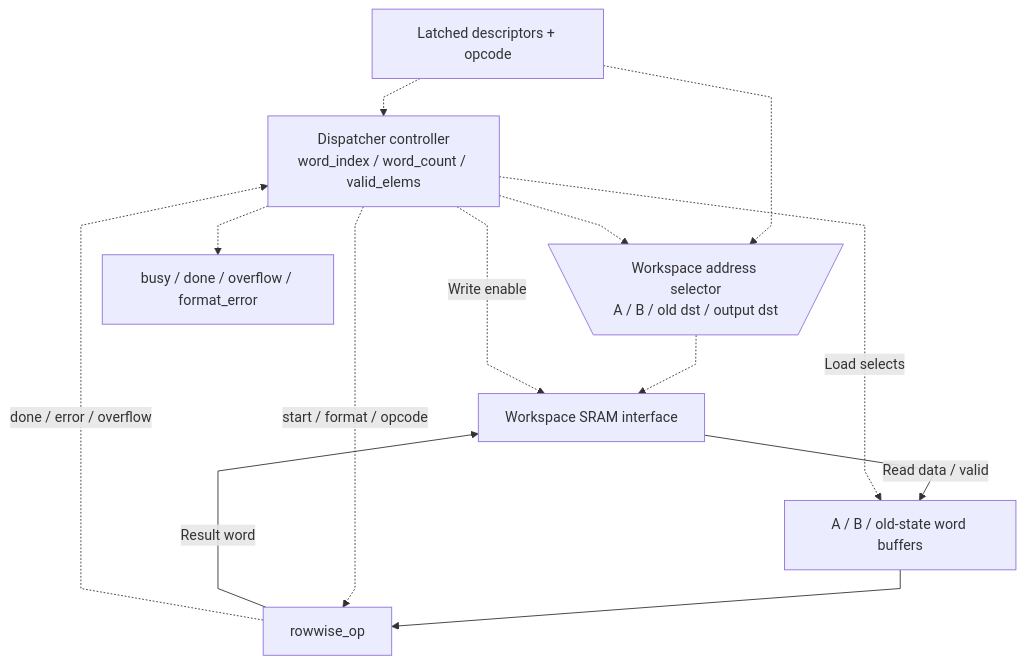
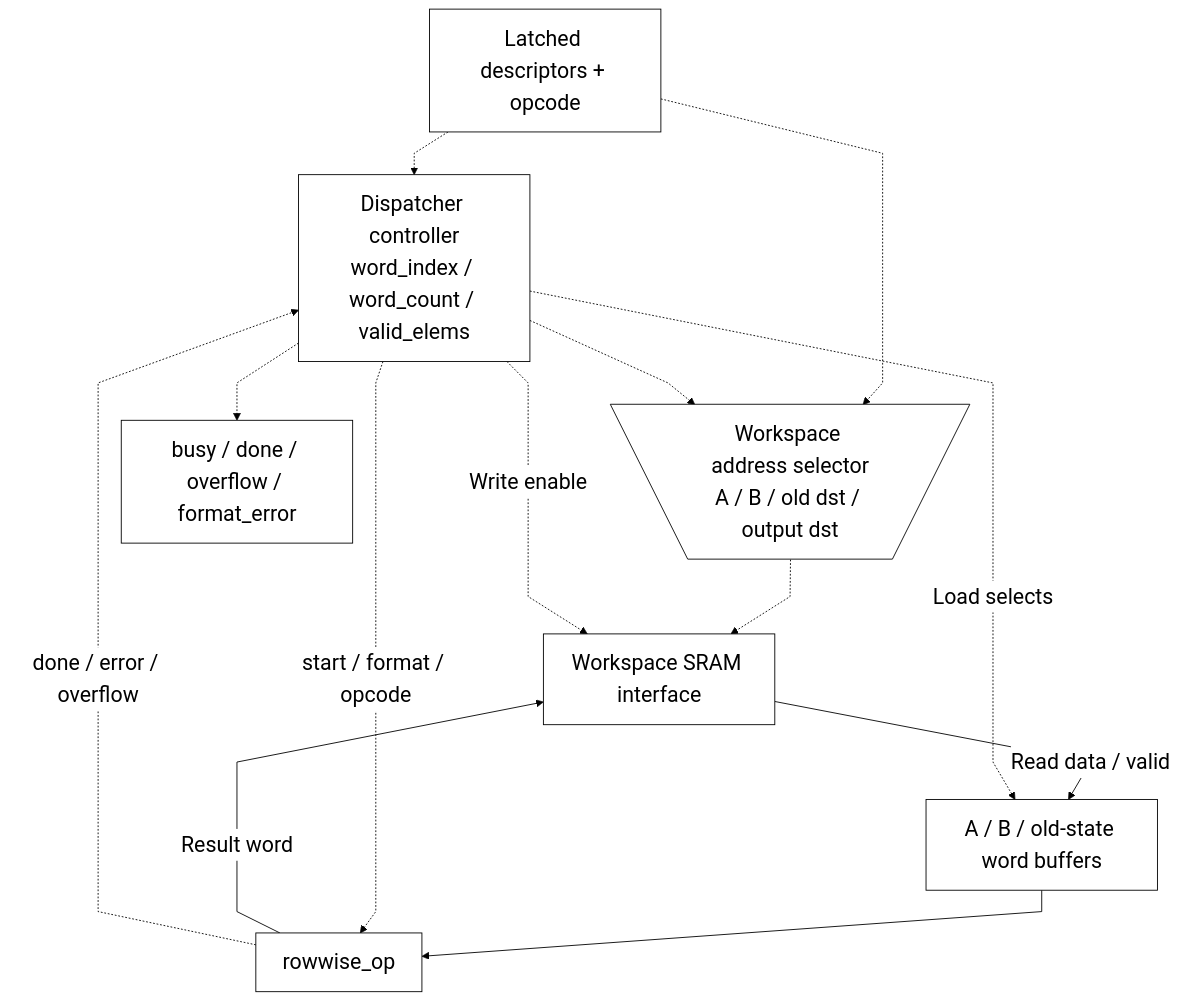
The second of 2 diagrams in docs/source_guide/blocks/rowwise_dispatch.sv.md (nguyennhutkhanhtom/NPU), drawn with Mermaid before and after one commit. The commit also changed other lines of this file and 102 other files, not shown here.

First line of the commit message:
docs: refresh guides and source-grounded RTL diagrams

````diff
--- a/docs/source_guide/blocks/rowwise_dispatch.sv.md
+++ b/docs/source_guide/blocks/rowwise_dispatch.sv.md
@@ -277,16 +279,18 @@
 ```mermaid
+%%{init: {"theme":"base","fontFamily":"Arial, sans-serif","themeVariables":{"fontSize":"24px","primaryColor":"#ffffff","primaryTextColor":"#000000","primaryBorderColor":"#000000","secondaryColor":"#ffffff","tertiaryColor":"#ffffff","lineColor":"#000000","textColor":"#000000","mainBkg":"#ffffff","nodeBorder":"#000000","clusterBkg":"#ffffff","clusterBorder":"#000000","edgeLabelBackground":"#ffffff"},"flowchart":{"htmlLabels":true,"useMaxWidth":false,"nodeSpacing":32,"rankSpacing":48,"curve":"linear","subGraphTitleMargin":{"top":16,"bottom":30}}}}%%
 flowchart TB
-%%{init: {"flowchart": {"subGraphTitleMargin": {"top": 8, "bottom": 20}, "nodeSpacing": 28, "rankSpacing": 42, "curve": "linear"}}}%%
-    D["Latched descriptors + opcode"] -.-> CTRL["Dispatcher controller<br/>word_index / word_count / valid_elems"]
+D["Latched descriptors + opcode"] -.-> CTRL["Dispatcher controller<br/>word_index / word_count / valid_elems"]
     D -.-> ADDR@{ shape: trap-t, label: "Workspace address selector<br/>A / B / old dst / output dst" }
     CTRL -.-> ADDR
     ADDR -.-> WS["Workspace SRAM interface"]
     WS -->|"Read data / valid"| BUF["A / B / old-state word buffers"]
     CTRL -.->|"Load selects"| BUF
     BUF --> ALU["rowwise_op"]
     CTRL -.->|"start / format / opcode"| ALU
     ALU -->|"Result word"| WS
     ALU -.->|"done / error / overflow"| CTRL
     CTRL -.->|"Write enable"| WS
     CTRL -.-> STATUS["busy / done / overflow / format_error"]
+    classDef default fill:white,stroke:black,color:black,font-size:24px;
+    linkStyle default stroke:black,color:black;
 ```
````
